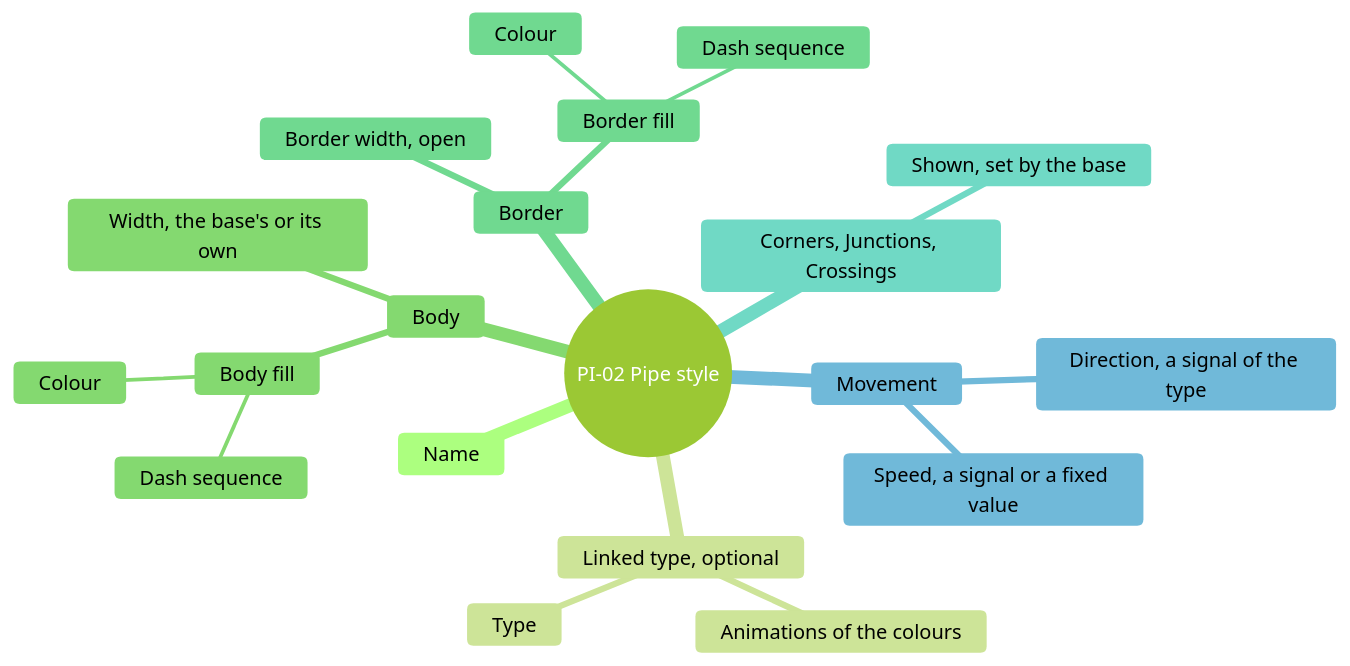
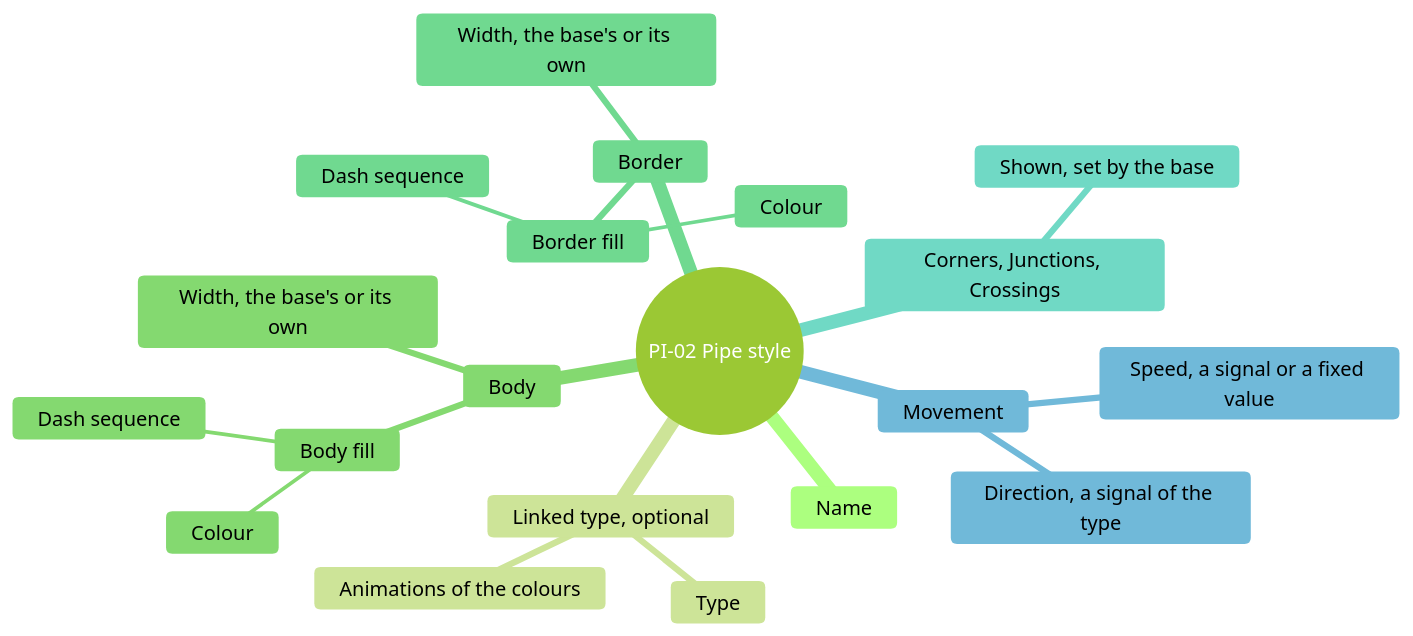
Before and after one commit to AlexandreGallais/synoptic-studio-spec: the fourth of 8 diagrams in screens/pipes.md, drawn with Mermaid (forest theme). The commit also changed other lines of this file and 6 other files, not shown here.

First line of the commit message:
docs(pipes): settle junction size, direction signal and own border width

````diff
--- a/screens/pipes.md
+++ b/screens/pipes.md
@@ -91,23 +91,23 @@
 ```mermaid
 mindmap
   root((PI-02 Pipe style))
     Name
     Linked type, optional
       Type
       Animations of the colours
     Body
       Width, the base's or its own
       Body fill
         Colour
         Dash sequence
     Border
-      Border width, open
+      Width, the base's or its own
       Border fill
         Colour
         Dash sequence
     Corners, Junctions, Crossings
       Shown, set by the base
     Movement
       Direction, a signal of the type
       Speed, a signal or a fixed value
 ```
````
